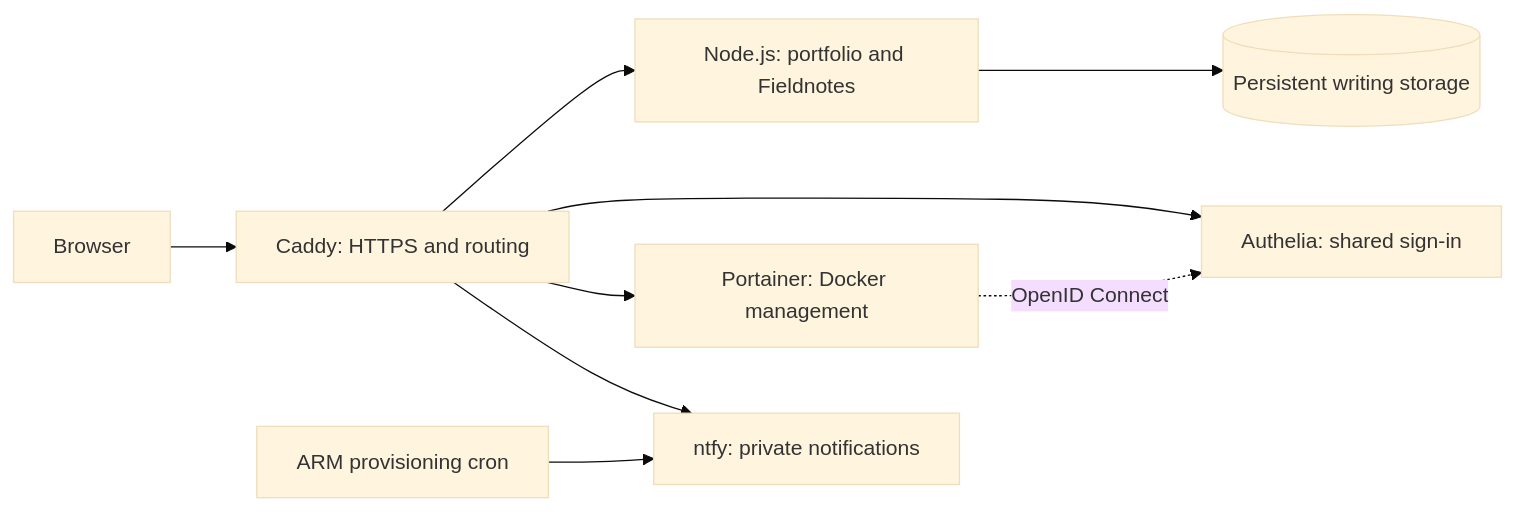
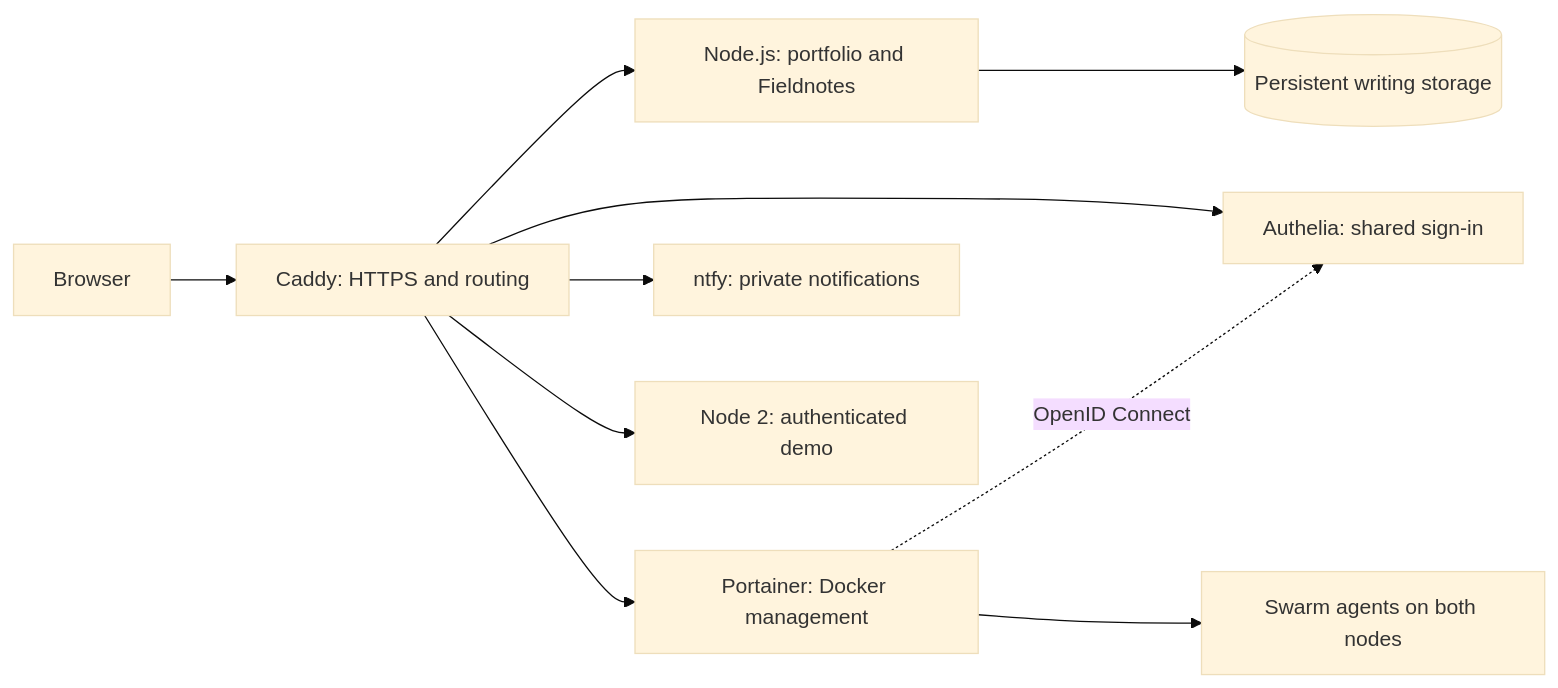
The diagram in README.md (RithvikRS/Portfolio-website), drawn with Mermaid (base theme) before and after one commit. The commit also changed other lines of this file and 28 other files, not shown here.

Commit message:
feat(infra): migrate production to two-node Docker Swarm

````diff
--- a/README.md
+++ b/README.md
@@ -27,11 +27,12 @@
 ```mermaid
 flowchart LR
     browser[Browser] --> caddy[Caddy: HTTPS and routing]
     caddy --> app[Node.js: portfolio and Fieldnotes]
     caddy --> auth[Authelia: shared sign-in]
     caddy --> portainer[Portainer: Docker management]
     caddy --> ntfy[ntfy: private notifications]
-    arm[ARM provisioning cron] --> ntfy
+    caddy --> worker[Node 2: authenticated demo]
+    portainer --> agents[Swarm agents on both nodes]
     portainer -. OpenID Connect .-> auth
     app --> notes[(Persistent writing storage)]
 ```
````
